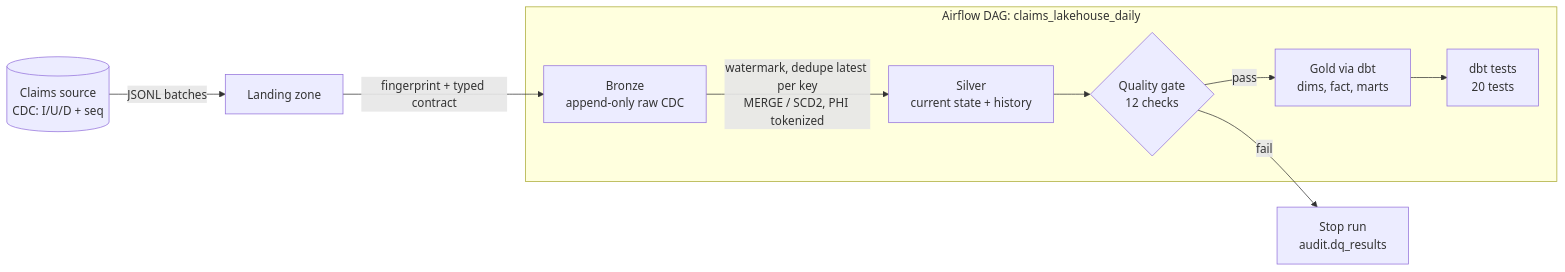
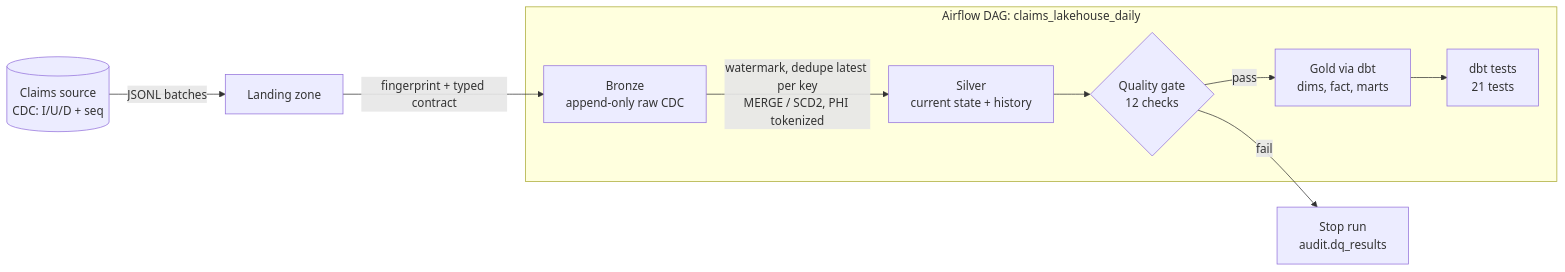
One commit to vivekdatla96/healthcare-claims-lakehouse changed the diagram in README.md. Above: the diagram before and after it, drawn with Mermaid. The commit also changed other lines of this file, not shown here.

````diff
--- a/README.md
+++ b/README.md
@@ -18,17 +18,17 @@
 ```mermaid
 flowchart LR
     SRC[(Claims source<br/>CDC: I/U/D + seq)] -->|JSONL batches| LZ[Landing zone]
     LZ -->|fingerprint + typed contract| B[Bronze<br/>append-only raw CDC]
     B -->|watermark, dedupe latest per key<br/>MERGE / SCD2, PHI tokenized| S[Silver<br/>current state + history]
     S --> Q{Quality gate<br/>12 checks}
     Q -- fail --> X[Stop run<br/>audit.dq_results]
     Q -- pass --> G[Gold via dbt<br/>dims, fact, marts]
-    G --> T[dbt tests<br/>20 tests]
+    G --> T[dbt tests<br/>21 tests]
     subgraph Airflow DAG: claims_lakehouse_daily
       B
       S
       Q
       G
       T
     end
 ```
````
